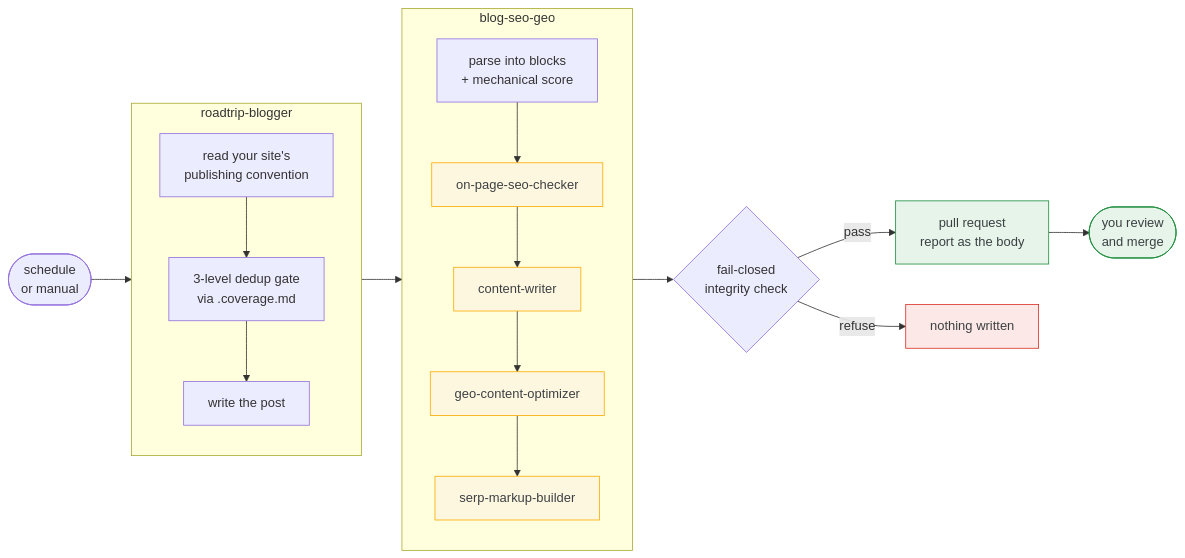
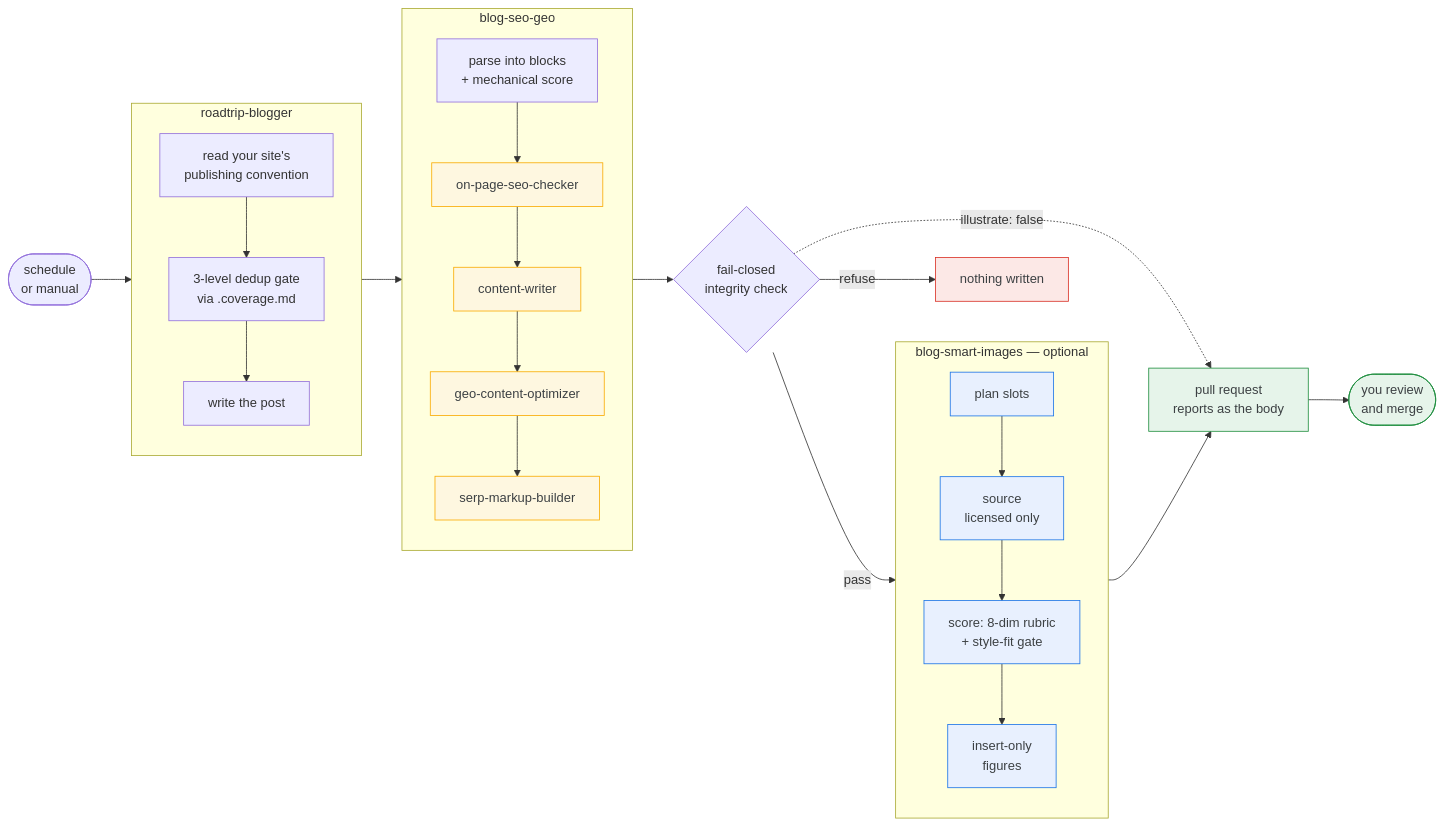
Before and after one commit to cazerme/blog-marketing-skills: the diagram in README.md, drawn with Mermaid. The commit also changed other lines of this file and 5 other files, not shown here.

````diff
--- a/README.md
+++ b/README.md
@@ -27,37 +27,49 @@
 ```mermaid
 flowchart LR
     S([schedule<br/>or manual])
 
     subgraph GEN["roadtrip-blogger"]
         direction TB
         G[read your site's<br/>publishing convention] --> G2[3-level dedup gate<br/>via .coverage.md]
         G2 --> G3[write the post]
     end
 
     subgraph OPT["blog-seo-geo"]
         direction TB
         P[parse into blocks<br/>+ mechanical score] --> A1[on-page-seo-checker]
         A1 --> A2[content-writer]
         A2 --> A3[geo-content-optimizer]
         A3 --> A4[serp-markup-builder]
     end
 
     C{fail-closed<br/>integrity check}
-    PR[pull request<br/>report as the body]
+
+    subgraph IMG["blog-smart-images — optional"]
+        direction TB
+        I1[plan slots] --> I2[source<br/>licensed only]
+        I2 --> I3[score: 8-dim rubric<br/>+ style-fit gate]
+        I3 --> I4[insert-only<br/>figures]
+    end
+
+    PR[pull request<br/>reports as the body]
     N[nothing written]
     M([you review<br/>and merge])
 
     S --> G
     G3 --> P
     A4 --> C
-    C -->|pass| PR
     C -->|refuse| N
+    C -->|pass| I1
+    I4 --> PR
+    C -.->|illustrate: false| PR
     PR --> M
 
     classDef aaron fill:#fef7e0,stroke:#f9ab00,color:#3c4043
+    classDef img fill:#e8f0fe,stroke:#1a73e8,color:#3c4043
     classDef stop fill:#fce8e6,stroke:#d93025,color:#3c4043
     classDef done fill:#e6f4ea,stroke:#1e8e3e,color:#3c4043
     class A1,A2,A3,A4 aaron
+    class I1,I2,I3,I4 img
     class N stop
     class PR,M done
 ```
````
